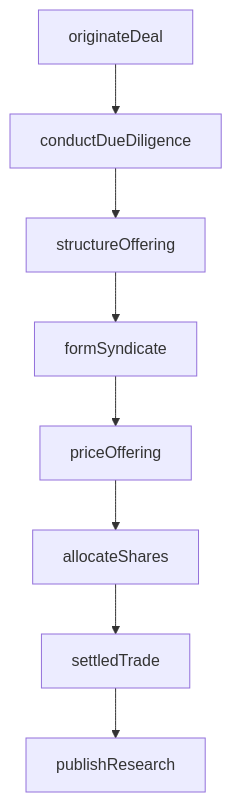
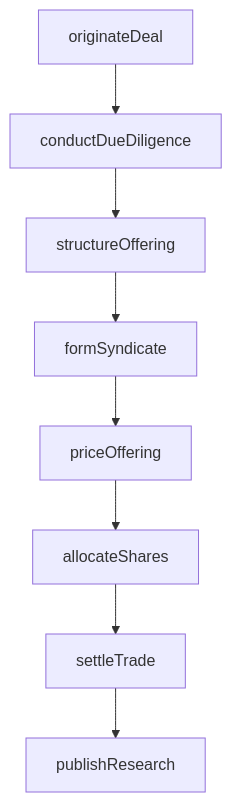
One commit to dot-org-ai/industries.org.ai changed the first of 2 diagrams in Finance/SecuritiesCommodityContractsAndOtherFinancialInvestmentsAndRelatedActivities/SecuritiesAndCommodityContractsIntermediationAndBrokerage/InvestmentBankingAndSecuritiesIntermediation.mdx. Above: the diagram before and after it, drawn with Mermaid. The commit also changed other lines of this file and 639 other files, not shown here.

````diff
--- a/Finance/SecuritiesCommodityContractsAndOtherFinancialInvestmentsAndRelatedActivities/SecuritiesAndCommodityContractsIntermediationAndBrokerage/InvestmentBankingAndSecuritiesIntermediation.mdx
+++ b/Finance/SecuritiesCommodityContractsAndOtherFinancialInvestmentsAndRelatedActivities/SecuritiesAndCommodityContractsIntermediationAndBrokerage/InvestmentBankingAndSecuritiesIntermediation.mdx
@@ -109,10 +109,10 @@
 ```mermaid
 graph TD
     A[originateDeal] --> B[conductDueDiligence]
     B --> C[structureOffering]
     C --> D[formSyndicate]
     D --> E[priceOffering]
     E --> F[allocateShares]
-    F --> G[settledTrade]
+    F --> G[settleTrade]
     G --> H[publishResearch]
 ```
````
